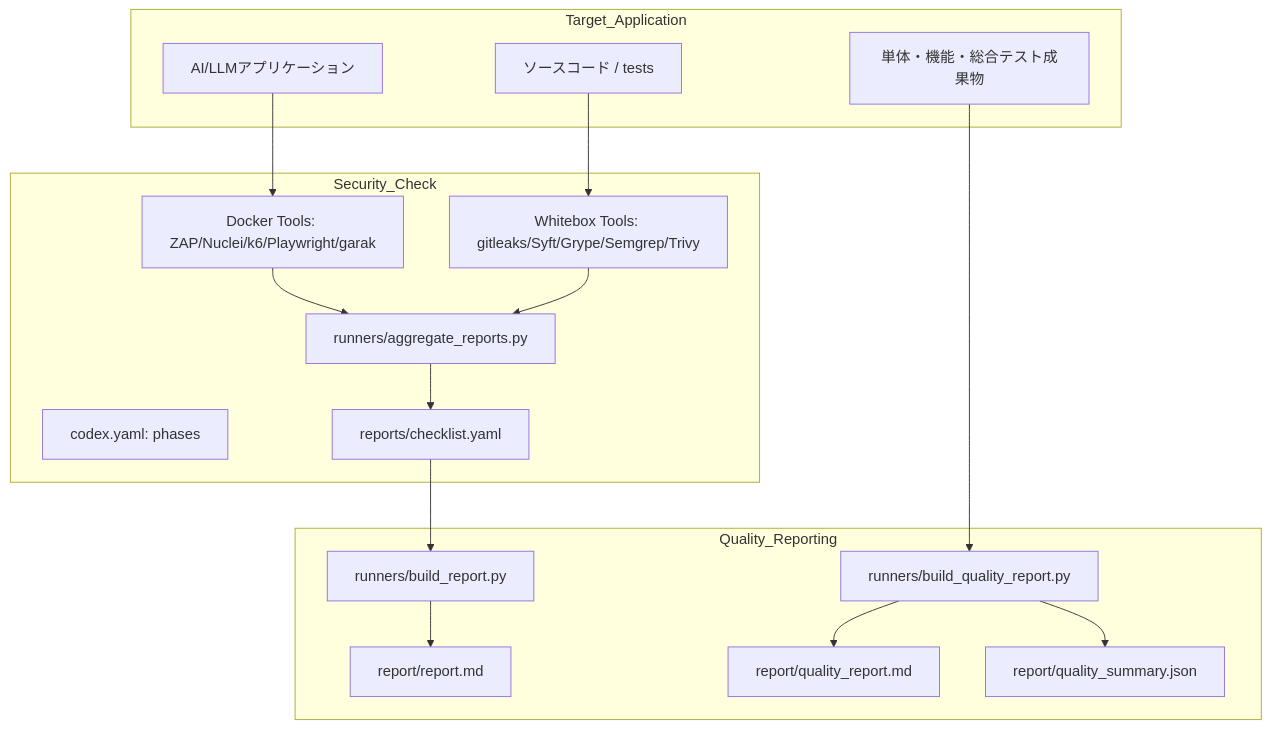
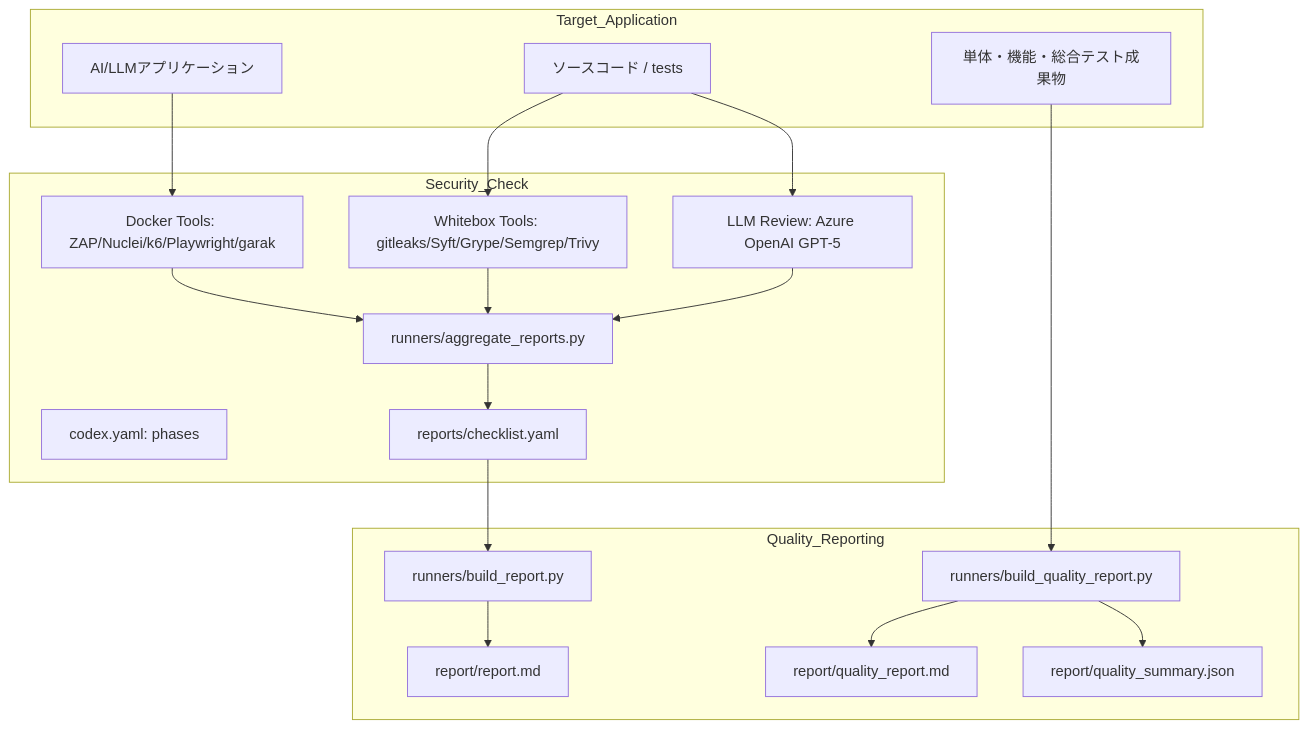
One commit to kiwiiosaru-jp/shinkijigyou_AI_Agent_demo changed the first of 2 diagrams in 品質監査システム_全体説明資料.md. Above: the diagram before and after it, drawn with Mermaid. The commit also changed other lines of this file, not shown here.

````diff
--- a/品質監査システム_全体説明資料.md
+++ b/品質監査システム_全体説明資料.md
@@ -36,35 +44,38 @@
 ```mermaid
 graph TD
   subgraph Target_Application
     A1[ソースコード / tests]
     A2[単体・機能・総合テスト成果物]
     A3[AI/LLMアプリケーション]
   end
 
   subgraph Security_Check
     S1[codex.yaml: phases]
     S2[Docker Tools: ZAP/Nuclei/k6/Playwright/garak]
     S3[Whitebox Tools: gitleaks/Syft/Grype/Semgrep/Trivy]
     S4[runners/aggregate_reports.py]
     S5[reports/checklist.yaml]
+    S6[LLM Review: Azure OpenAI GPT-5]
   end
 
   subgraph Quality_Reporting
     Q1[runners/build_report.py]
     Q2[runners/build_quality_report.py]
     Q3[report/report.md]
     Q4[report/quality_report.md]
     Q5[report/quality_summary.json]
   end
 
   A1 --> S3
   A2 --> Q2
   A3 --> S2
+  A1 --> S6
   S2 --> S4
   S3 --> S4
+  S6 --> S4
   S4 --> S5
   S5 --> Q1
   Q1 --> Q3
   Q2 --> Q4
   Q2 --> Q5
 ```
````
